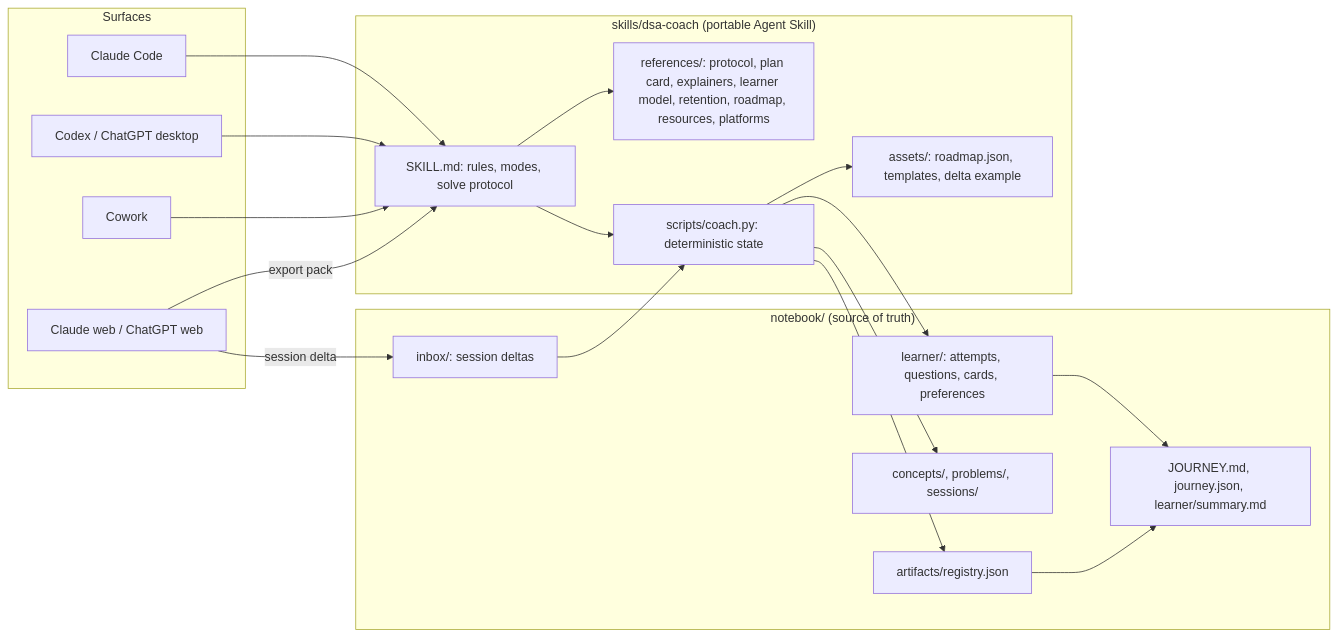
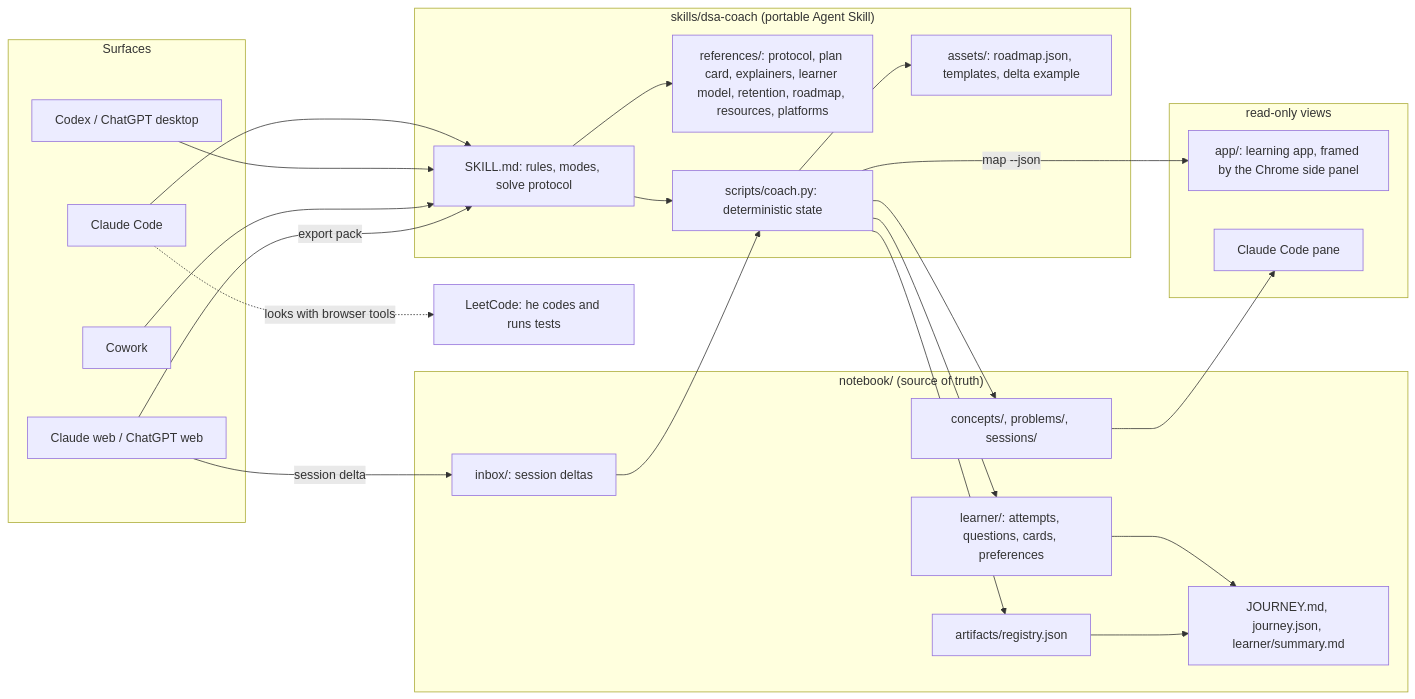
Before and after one commit to HimanshuBhardwaj2398/dsa-coach: the diagram in ARCHITECTURE.md, drawn with Mermaid. The commit also changed other lines of this file and 75 other files, not shown here.

First line of the commit message:
Release 0.9.0: solve on LeetCode; read-only learning app, panel and pane

````diff
--- a/ARCHITECTURE.md
+++ b/ARCHITECTURE.md
@@ -12,35 +12,43 @@
 ```mermaid
 flowchart LR
   subgraph Surfaces
     CC[Claude Code]
     CX[Codex / ChatGPT desktop]
     CW[Cowork]
     WEB[Claude web / ChatGPT web]
   end
+  subgraph Views["read-only views"]
+    APP[app/: learning app, framed by the Chrome side panel]
+    PANE[Claude Code pane]
+  end
+  LC[LeetCode: he codes and runs tests]
   subgraph Skill["skills/dsa-coach (portable Agent Skill)"]
     SK[SKILL.md: rules, modes, solve protocol]
     REF[references/: protocol, plan card, explainers, learner model, retention, roadmap, resources, platforms]
     CLI[scripts/coach.py: deterministic state]
     AS[assets/: roadmap.json, templates, delta example]
   end
   subgraph Notebook["notebook/ (source of truth)"]
     LOG[learner/: attempts, questions, cards, preferences]
     NOTES[concepts/, problems/, sessions/]
     ART[artifacts/registry.json]
     SNAP[JOURNEY.md, journey.json, learner/summary.md]
     INBOX[inbox/: session deltas]
   end
   CC --> SK
   CX --> SK
   CW --> SK
   SK --> REF
   SK --> CLI
   CLI --> AS
   CLI --> LOG
   CLI --> NOTES
   CLI --> ART
   LOG --> SNAP
   ART --> SNAP
   WEB -- "export pack" --> SK
   WEB -- "session delta" --> INBOX --> CLI
+  CLI -- "map --json" --> APP
+  NOTES --> PANE
+  CC -. "looks with browser tools" .-> LC
 ```
````
